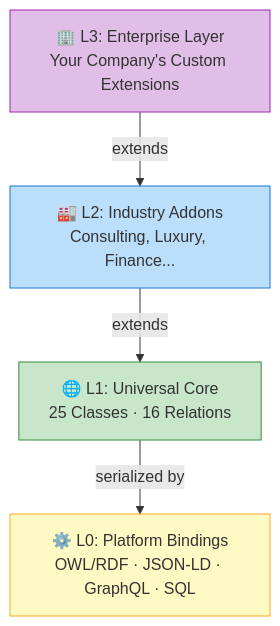
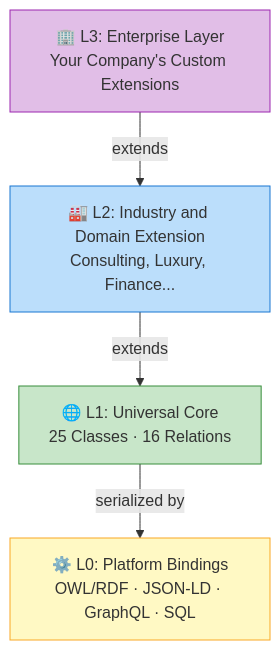
One commit to ramphias/universal-ontology-definition changed the diagram in docs-site/getting-started/index.md. Above: the diagram before and after it, drawn with Mermaid. The commit also changed 57 other files, not shown here.

````diff
--- a/docs-site/getting-started/index.md
+++ b/docs-site/getting-started/index.md
@@ -16,16 +16,16 @@
 ```mermaid
 graph TB
     L3["🏢 L3: Enterprise Layer<br/>Your Company's Custom Extensions"]
-    L2["🏭 L2: Industry Addons<br/>Consulting, Luxury, Finance..."]
+    L2["🏭 L2: Industry and Domain Extension<br/>Consulting, Luxury, Finance..."]
     L1["🌐 L1: Universal Core<br/>25 Classes · 16 Relations"]
     L0["⚙️ L0: Platform Bindings<br/>OWL/RDF · JSON-LD · GraphQL · SQL"]
     
     L3 -->|extends| L2
     L2 -->|extends| L1
     L1 -->|serialized by| L0
     
     style L3 fill:#e1bee7,stroke:#9c27b0
     style L2 fill:#bbdefb,stroke:#1976d2
     style L1 fill:#c8e6c9,stroke:#388e3c
     style L0 fill:#fff9c4,stroke:#f9a825
 ```
````
